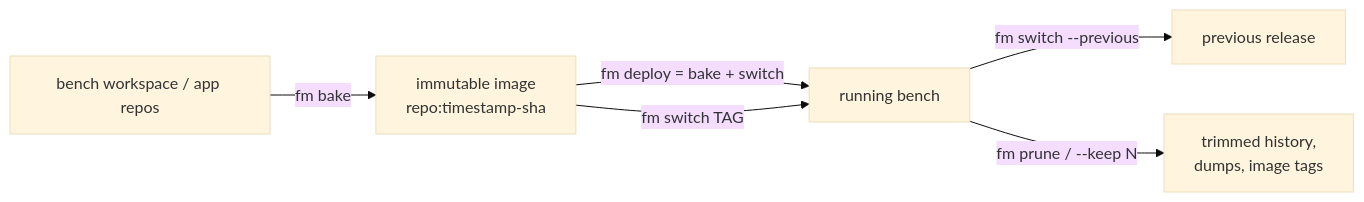
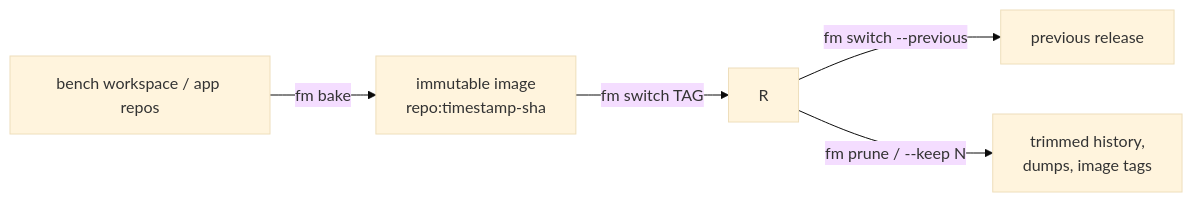
Before and after one commit to rtCamp/Frappe-Manager: the first of 3 diagrams in docs/deploy/index.md, drawn with Mermaid (base theme). The commit also changed other lines of this file and 35 other files, not shown here.

````diff
--- a/docs/deploy/index.md
+++ b/docs/deploy/index.md
@@ -60,8 +61,7 @@
 ```mermaid
 flowchart LR
     W[bench workspace / app repos] -->|fm bake| I[immutable image\nrepo:timestamp-sha]
-    I -->|fm deploy = bake + switch| R[running bench]
     I -->|fm switch TAG| R
     R -->|fm switch --previous| P[previous release]
     R -->|fm prune / --keep N| H[trimmed history,\ndumps, image tags]
 ```
````
